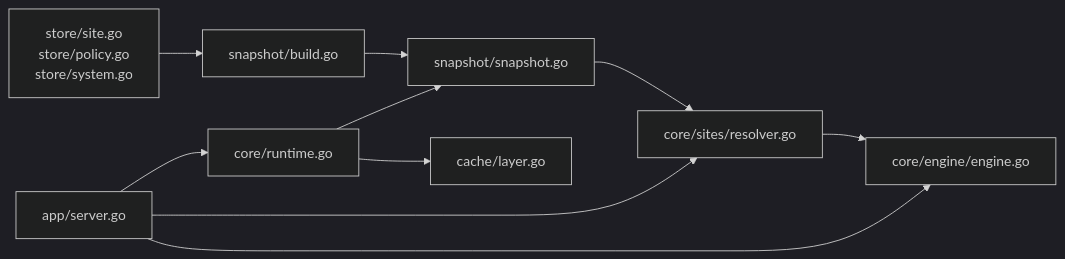
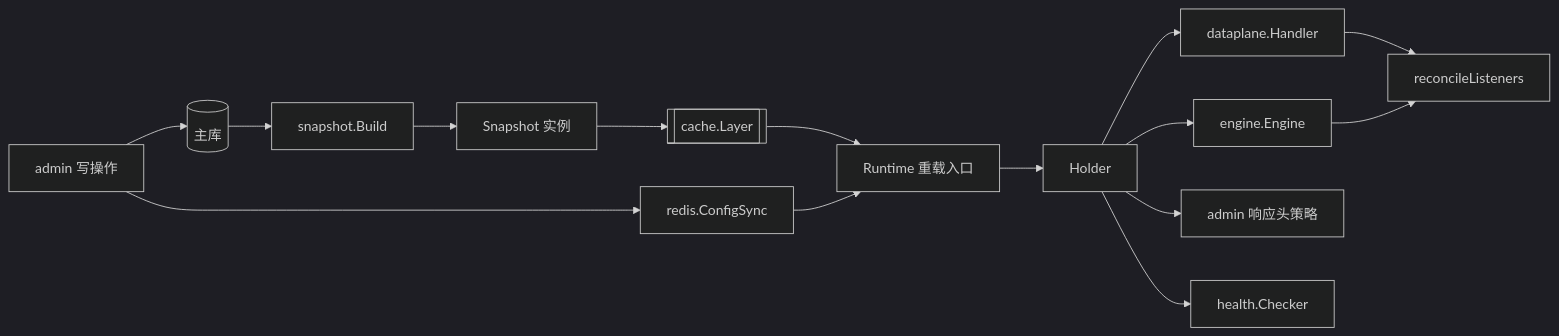
One commit to x01n/My-OpenWaf changed the fifth of 6 diagrams in docs/系统架构设计/快照机制.md. Above: the diagram before and after it, drawn with Mermaid (dark theme). The commit also changed other lines of this file and 622 other files, not shown here.

````diff
--- a/docs/系统架构设计/快照机制.md
+++ b/docs/系统架构设计/快照机制.md
@@ -375,12 +340,17 @@
 ```mermaid
-graph LR
-Store["store/site.go<br/>store/policy.go<br/>store/system.go"] --> SnapBuild["snapshot/build.go"]
-SnapBuild --> Snap["snapshot/snapshot.go"]
-Snap --> Resolver["core/sites/resolver.go"]
-Resolver --> Engine["core/engine/engine.go"]
-Runtime["core/runtime.go"] --> Snap
-Runtime --> Cache["cache/layer.go"]
-App["app/server.go"] --> Runtime
-App --> Engine
-App --> Resolver
+flowchart LR
+  ST[("主库")] --> BD["snapshot.Build"]
+  BD --> SN["Snapshot 实例"]
+  SN --> LY[["cache.Layer"]]
+  LY --> RT["Runtime 重载入口"]
+  RT --> HO["Holder"]
+  HO --> DP["dataplane.Handler"]
+  HO --> EN["engine.Engine"]
+  HO --> AC["admin 响应头策略"]
+  HO --> HE["health.Checker"]
+  DP --> OR["reconcileListeners"]
+  EN --> OR
+  PS["redis.ConfigSync"] --> RT
+  AD["admin 写操作"] --> PS
+  AD --> ST
 ```
````
